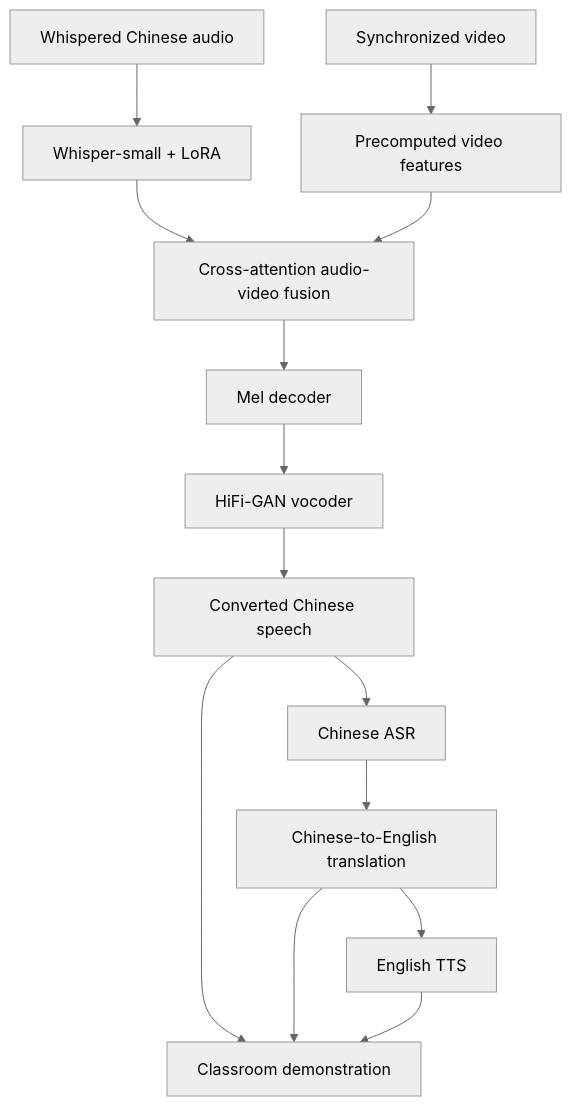
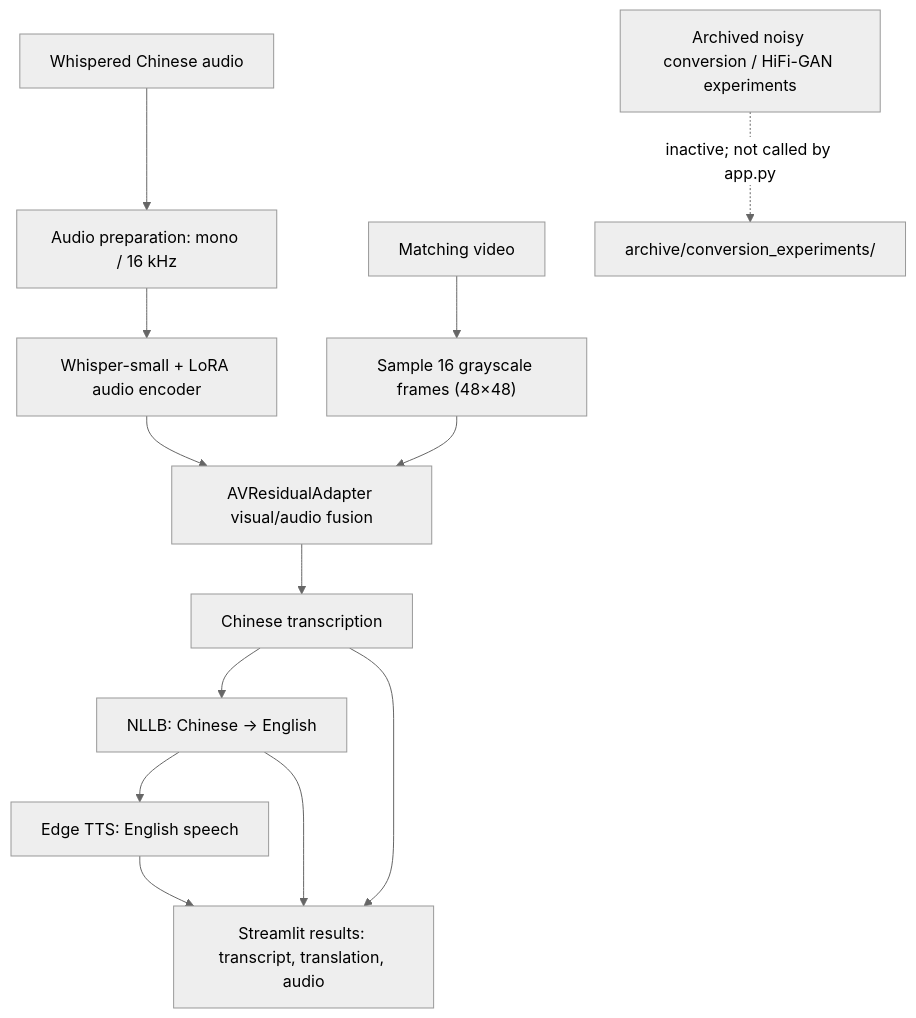
The diagram in docs/architecture.mmd (pradeep14012004/whisper-speech-conversion), drawn with Mermaid (neutral theme) before and after one commit. The commit also changed 2 other files, not shown here.

Commit message:
Document active audio-visual translation pipeline

```diff
--- a/docs/architecture.mmd
+++ b/docs/architecture.mmd
@@ -1,27 +1,14 @@
 flowchart TD
-    A["Whispered Chinese audio"]
-    B["Synchronized video"]
-    C["Whisper-small + LoRA"]
-    D["Precomputed video features"]
-    E["Cross-attention audio-video fusion"]
-    F["Mel decoder"]
-    G["HiFi-GAN vocoder"]
-    H["Converted Chinese speech"]
-    I["Chinese ASR"]
-    J["Chinese-to-English translation"]
-    K["English TTS"]
-    L["Classroom demonstration"]
+    A["Whispered Chinese audio"] --> C["Audio preparation: mono / 16 kHz"]
+    B["Matching video"] --> D["Sample 16 grayscale frames (48×48)"]
+    C --> E["Whisper-small + LoRA audio encoder"]
+    D --> F["AVResidualAdapter visual/audio fusion"]
+    E --> F
+    F --> G["Chinese transcription"]
+    G --> H["NLLB: Chinese → English"]
+    H --> I["Edge TTS: English speech"]
+    I --> J["Streamlit results: transcript, translation, audio"]
+    G --> J
+    H --> J
 
-    A --> C
-    B --> D
-    C --> E
-    D --> E
-    E --> F
-    F --> G
-    G --> H
-    H --> I
-    I --> J
-    J --> K
-    H --> L
-    J --> L
-    K --> L
+    X["Archived noisy conversion / HiFi-GAN experiments"] -. "inactive; not called by app.py" .-> Z["archive/conversion_experiments/"]
```
